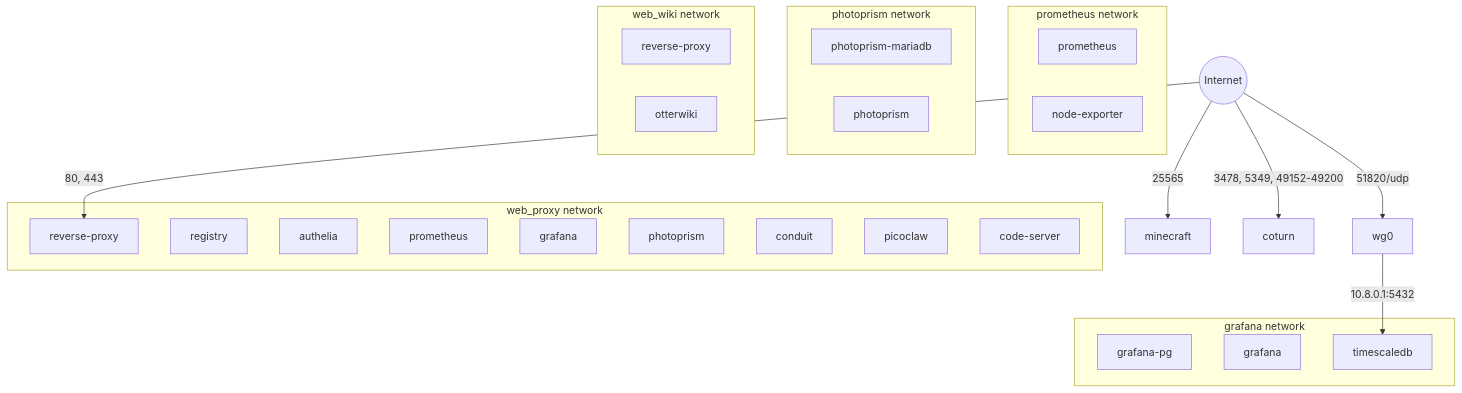
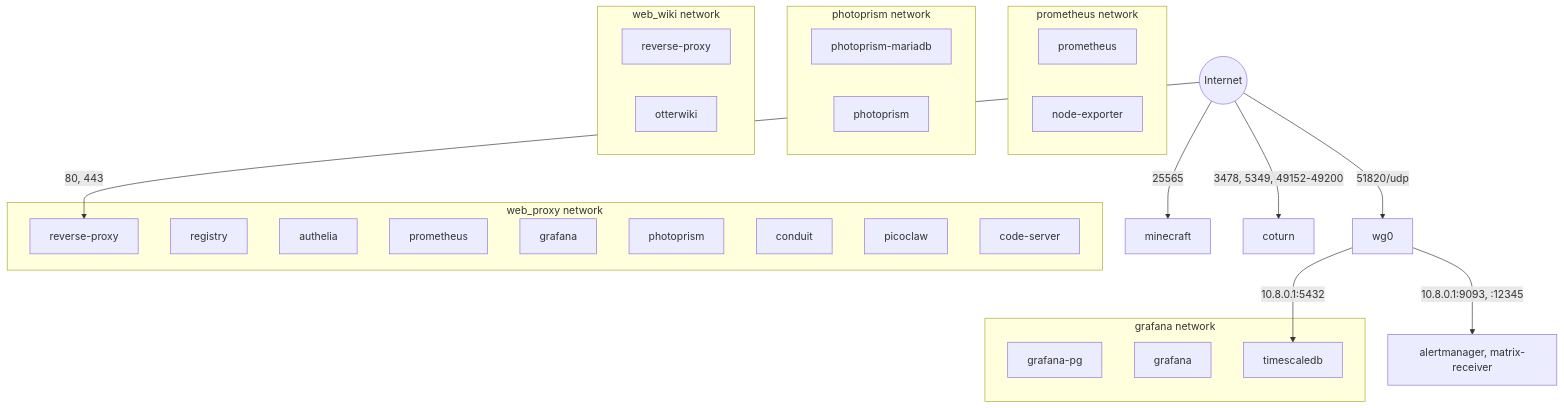
Before and after one commit to Waxolunist/ansible-docker-server: the fourth of 6 diagrams in ARCHITECTURE.md, drawn with Mermaid. The commit also changed other lines of this file and 2 other files, not shown here.

Commit message:
docs: alerting in the architecture, firewall and vault reference (TASK-038)

````diff
--- a/ARCHITECTURE.md
+++ b/ARCHITECTURE.md
@@ -240,41 +243,42 @@
 ```mermaid
 graph TB
     subgraph proxy_net[web_proxy network]
         RP[reverse-proxy]
         REG[registry]
         AUTH[authelia]
         PROM[prometheus]
         GR[grafana]
         PP[photoprism]
         CO[conduit]
         PC[picoclaw]
         CS[code-server]
     end
 
     subgraph prom_net[prometheus network]
         PROM2[prometheus]
         NE[node-exporter]
     end
 
     subgraph graf_net[grafana network]
         GPG[grafana-pg]
         GR2[grafana]
         TS[timescaledb]
     end
 
     subgraph photo_net[photoprism network]
         PM[photoprism-mariadb]
         PP2[photoprism]
     end
 
     subgraph wiki_net[web_wiki network]
         RP2[reverse-proxy]
         OW[otterwiki]
     end
 
     INTERNET((Internet)) -->|80, 443| RP
     INTERNET -->|25565| MC[minecraft]
     INTERNET -->|3478, 5349, 49152-49200| CT[coturn]
     INTERNET -->|51820/udp| WG0[wg0]
     WG0 -->|10.8.0.1:5432| TS
+    WG0 -->|10.8.0.1:9093, :12345| AMX[alertmanager, matrix-receiver]
 ```
````
